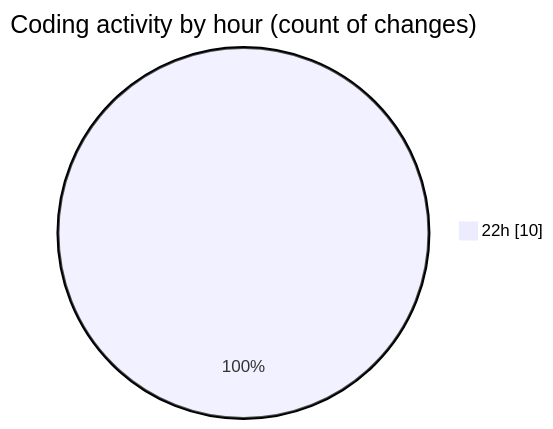
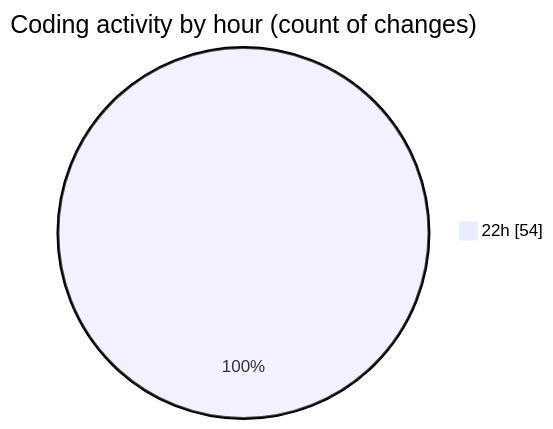
The second of 2 diagrams in 2025-10-07/url-shortener/README.md (Ritupan-Deka/code-tracking), drawn with Mermaid before and after one commit. The commit also changed other lines of this file and 1 other file, not shown here.

````diff
--- a/2025-10-07/url-shortener/README.md
+++ b/2025-10-07/url-shortener/README.md
@@ -30,5 +30,5 @@
 ```mermaid
 pie showData
 title Coding activity by hour (count of changes)
-"22h" : 10
+"22h" : 54
 ```
````
